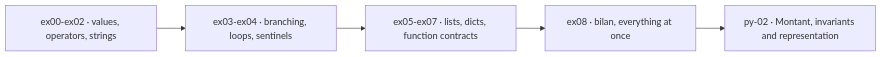
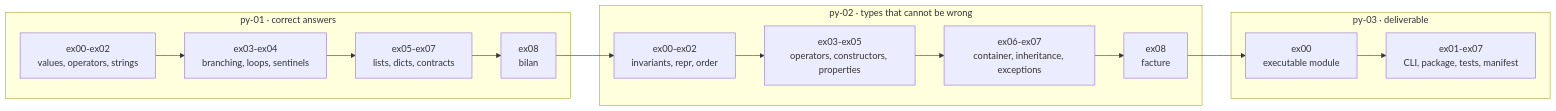
One commit to maximecoia/learning_tree-ML-systems changed the diagram in README.md. Above: the diagram before and after it, drawn with Mermaid. The commit also changed other lines of this file and 2 other files, not shown here.

````diff
--- a/README.md
+++ b/README.md
@@ -56,10 +93,24 @@
 ```mermaid
 flowchart LR
-    T["ex00-ex02 · values, operators, strings"]
-    C["ex03-ex04 · branching, loops, sentinels"]
-    D["ex05-ex07 · lists, dicts, function contracts"]
-    B["ex08 · bilan, everything at once"]
-    M["py-02 · Montant, invariants and representation"]
-
-    T --> C --> D --> B --> M
+    subgraph B["py-01 · correct answers"]
+        T["ex00-ex02<br/>values, operators, strings"]
+        C["ex03-ex04<br/>branching, loops, sentinels"]
+        D["ex05-ex07<br/>lists, dicts, contracts"]
+        E["ex08<br/>bilan"]
+        T --> C --> D --> E
+    end
+    subgraph A["py-02 · types that cannot be wrong"]
+        M["ex00-ex02<br/>invariants, repr, order"]
+        O["ex03-ex05<br/>operators, constructors, properties"]
+        K["ex06-ex07<br/>container, inheritance, exceptions"]
+        F["ex08<br/>facture"]
+        M --> O --> K --> F
+    end
+    subgraph L["py-03 · deliverable"]
+        R["ex00<br/>executable module"]
+        S["ex01-ex07<br/>CLI, package, tests, manifest"]
+        R --> S
+    end
+    E --> M
+    F --> R
 ```
````
